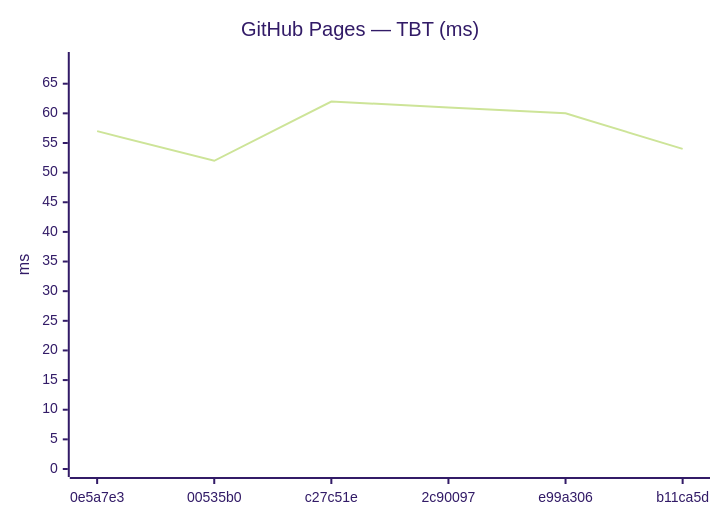
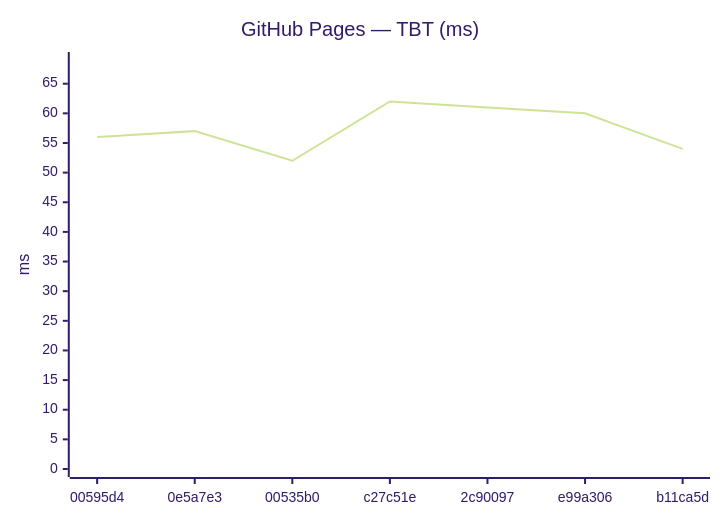
The fourth of 24 diagrams in benchmarks/compare.md (Metaheurist/Rianell), drawn with Mermaid (forest theme) before and after one commit. The commit also changed other lines of this file and 12 other files, not shown here.

````diff
--- a/benchmarks/compare.md
+++ b/benchmarks/compare.md
@@ -53,7 +55,7 @@
 ```mermaid
 xychart-beta
     title "GitHub Pages — TBT (ms)"
-    x-axis ["0e5a7e3", "00535b0", "c27c51e", "2c90097", "e99a306", "b11ca5d"]
+    x-axis ["00595d4", "0e5a7e3", "00535b0", "c27c51e", "2c90097", "e99a306", "b11ca5d"]
     y-axis "ms" 0 --> 69
-    line [57, 52, 62, 61, 60, 54]
+    line [56, 57, 52, 62, 61, 60, 54]
 ```
````
